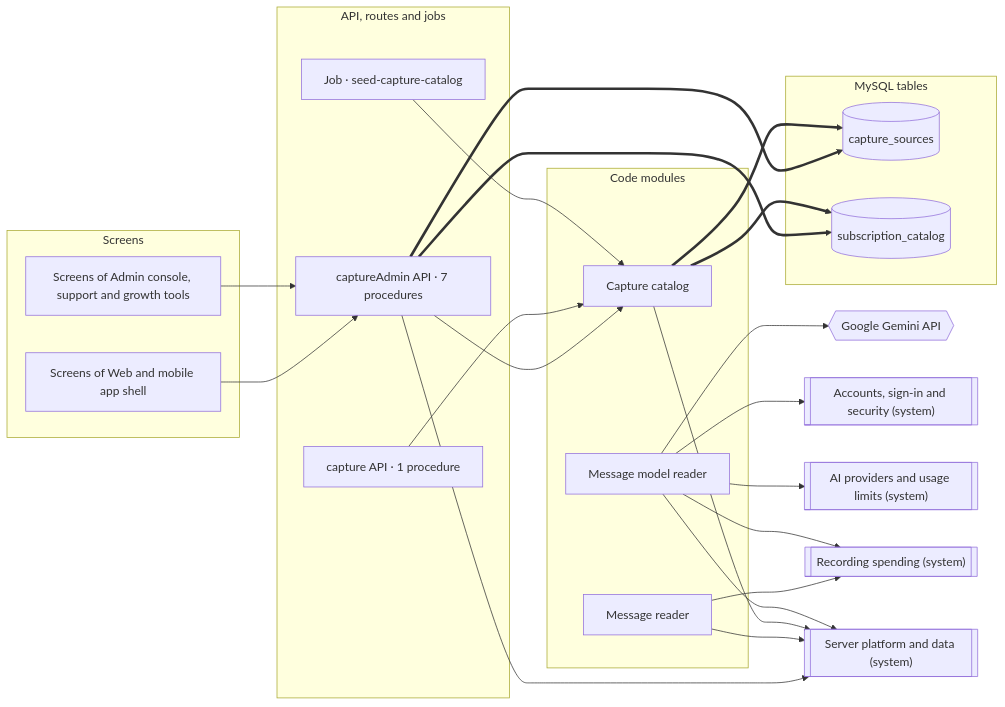
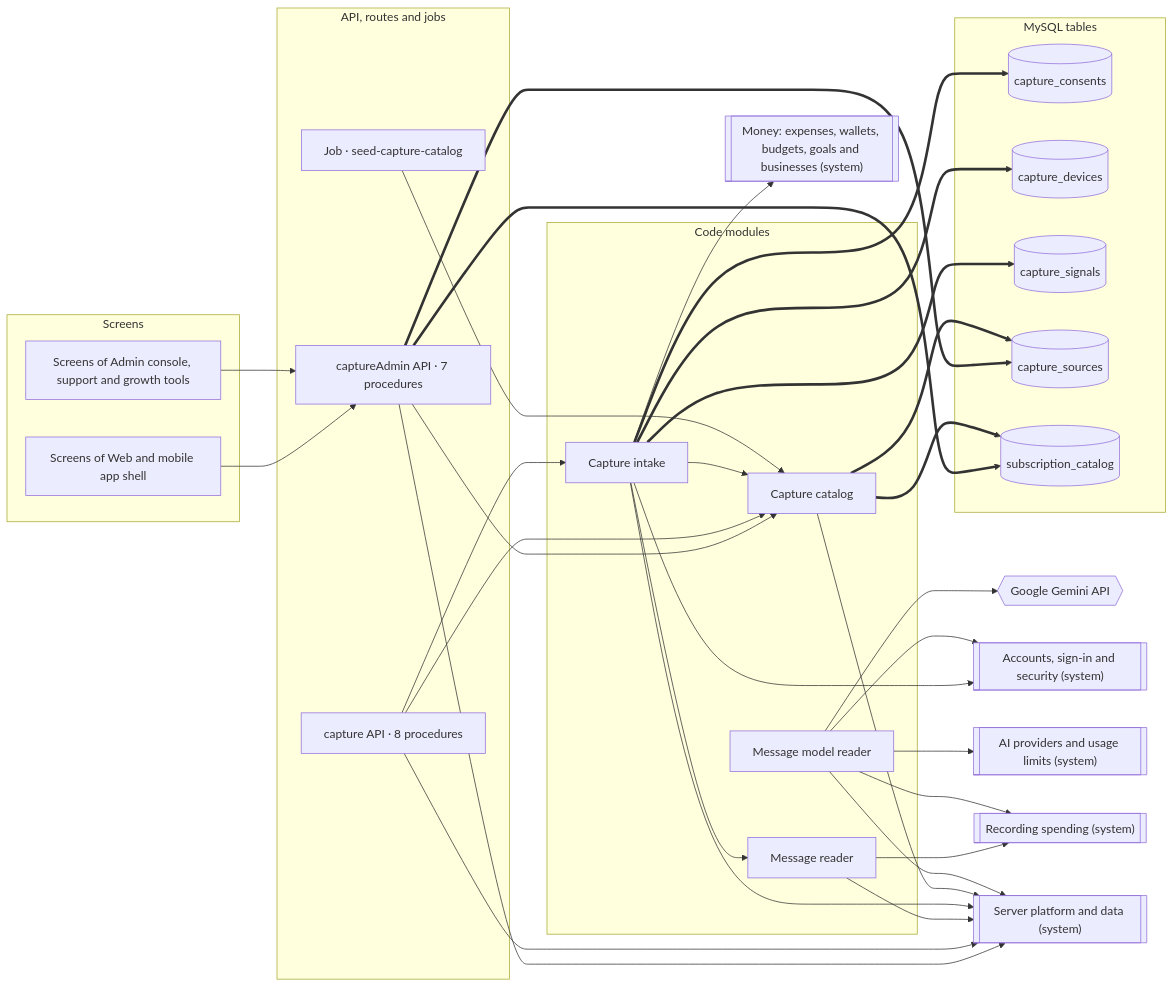
The diagram in docs/atlas/systems/bank-messages.md (mahmoudtaherr111/smartspend_mini_all), drawn with Mermaid before and after one commit. The commit also changed other lines of this file and 50 other files, not shown here.

First line of the commit message:
feat(capture): server intake for phones, every transaction confirmed by the user

````diff
--- a/docs/atlas/systems/bank-messages.md
+++ b/docs/atlas/systems/bank-messages.md
@@ -13,44 +13,59 @@
 ```mermaid
 flowchart LR
   subgraph g_screens["Screens"]
     screens_admin["Screens of Admin console, support and growth tools"]
     screens_web_app["Screens of Web and mobile app shell"]
   end
   subgraph g_api["API, routes and jobs"]
     job_seed_capture_catalog["Job · seed-capture-catalog"]
     router_captureAdmin["captureAdmin API · 7 procedures"]
-    router_capture["capture API · 1 procedure"]
+    router_capture["capture API · 8 procedures"]
   end
   subgraph g_modules["Code modules"]
     mod_capture_ai_reader["Message model reader"]
     mod_capture_catalog["Capture catalog"]
+    mod_capture_intake["Capture intake"]
     mod_capture_reader["Message reader"]
   end
   subgraph g_tables["MySQL tables"]
+    tbl_capture_consents[("capture_consents")]
+    tbl_capture_devices[("capture_devices")]
+    tbl_capture_signals[("capture_signals")]
     tbl_capture_sources[("capture_sources")]
     tbl_subscription_catalog[("subscription_catalog")]
   end
   ext_gemini{{"Google Gemini API"}}
   sys_accounts[["Accounts, sign-in and security (system)"]]
   sys_ai_platform[["AI providers and usage limits (system)"]]
   sys_expense_capture[["Recording spending (system)"]]
+  sys_money[["Money: expenses, wallets, budgets, goals and businesses (system)"]]
   sys_platform[["Server platform and data (system)"]]
   job_seed_capture_catalog --> mod_capture_catalog
   mod_capture_ai_reader --> ext_gemini
   mod_capture_ai_reader --> sys_accounts
   mod_capture_ai_reader --> sys_ai_platform
   mod_capture_ai_reader --> sys_expense_capture
   mod_capture_ai_reader --> sys_platform
   mod_capture_catalog --> sys_platform
   mod_capture_catalog ==> tbl_capture_sources
   mod_capture_catalog ==> tbl_subscription_catalog
+  mod_capture_intake --> mod_capture_catalog
+  mod_capture_intake --> mod_capture_reader
+  mod_capture_intake --> sys_accounts
+  mod_capture_intake --> sys_money
+  mod_capture_intake --> sys_platform
+  mod_capture_intake ==> tbl_capture_consents
+  mod_capture_intake ==> tbl_capture_devices
+  mod_capture_intake ==> tbl_capture_signals
   mod_capture_reader --> sys_expense_capture
   mod_capture_reader --> sys_platform
   router_capture --> mod_capture_catalog
+  router_capture --> mod_capture_intake
+  router_capture --> sys_platform
   router_captureAdmin --> mod_capture_catalog
   router_captureAdmin --> sys_platform
   router_captureAdmin ==> tbl_capture_sources
   router_captureAdmin ==> tbl_subscription_catalog
   screens_admin --> router_captureAdmin
   screens_web_app --> router_captureAdmin
 ```
````
